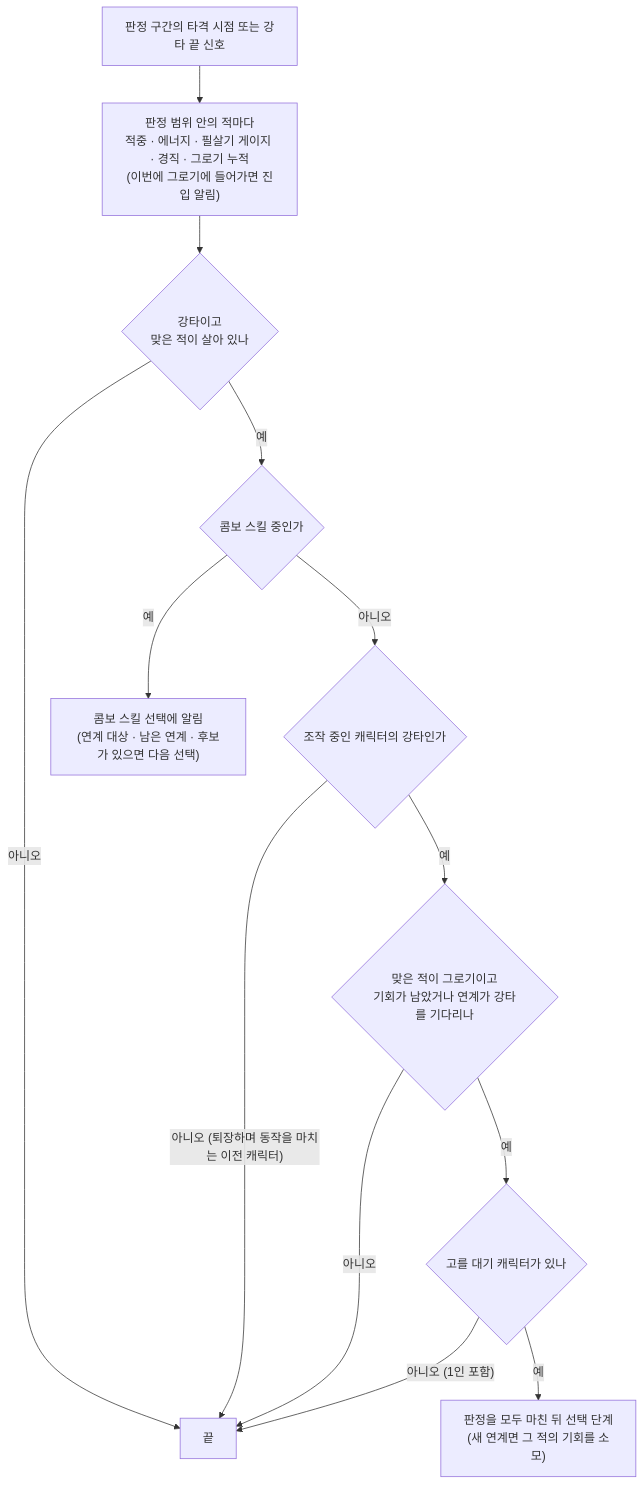
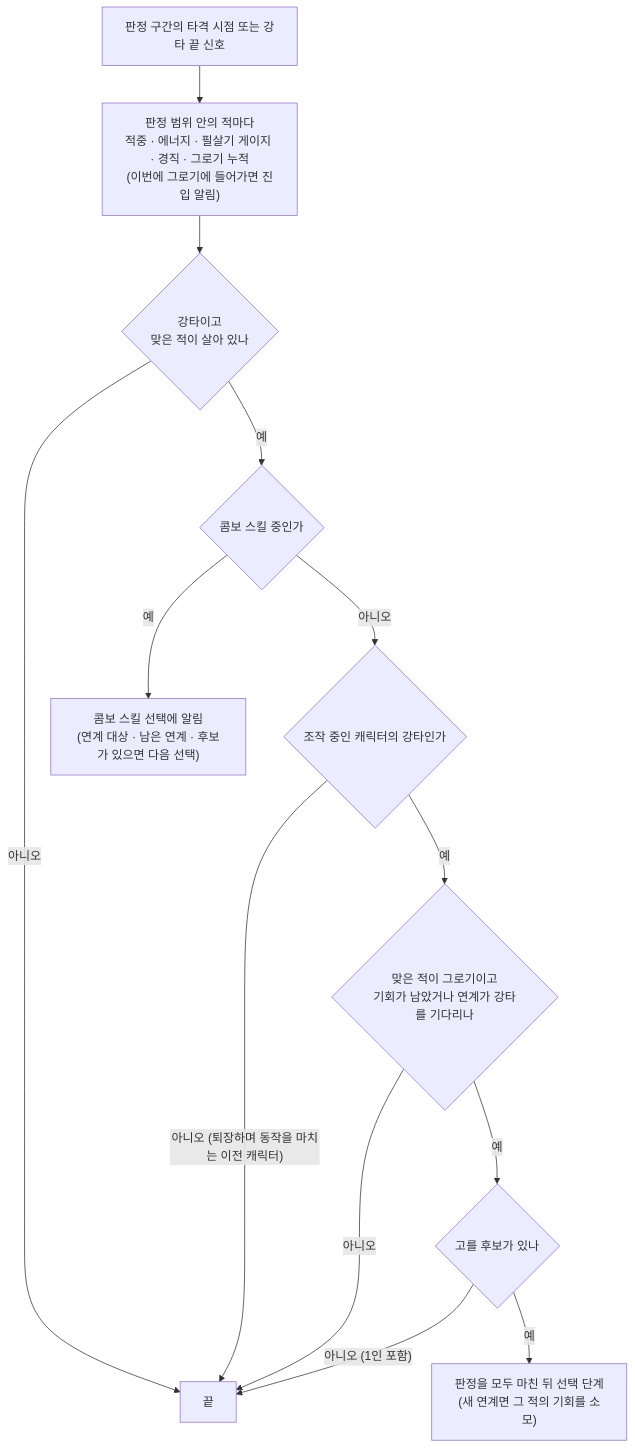
The second of 4 diagrams in Docs/Technical/Player/PlayerComboSkill.md (SquashPrince/Develrocket_mp15_HHH), drawn with Mermaid before and after one commit. The commit also changed other lines of this file and 3 other files, not shown here.

````diff
--- a/Docs/Technical/Player/PlayerComboSkill.md
+++ b/Docs/Technical/Player/PlayerComboSkill.md
@@ -55,15 +55,15 @@
 ```mermaid
 flowchart TD
     H["판정 구간의 타격 시점 또는 강타 끝 신호"] --> J["판정 범위 안의 적마다<br>적중 · 에너지 · 필살기 게이지 · 경직 · 그로기 누적<br>(이번에 그로기에 들어가면 진입 알림)"]
     J --> I{"강타이고<br>맞은 적이 살아 있나"}
     I -->|"아니오"| N["끝"]
     I -->|"예"| A{"콤보 스킬 중인가"}
     A -->|"예"| Q["콤보 스킬 선택에 알림<br>(연계 대상 · 남은 연계 · 후보가 있으면 다음 선택)"]
     A -->|"아니오"| C{"조작 중인 캐릭터의 강타인가"}
     C -->|"아니오 (퇴장하며 동작을 마치는 이전 캐릭터)"| N
     C -->|"예"| G{"맞은 적이 그로기이고<br>기회가 남았거나 연계가 강타를 기다리나"}
     G -->|"아니오"| N
-    G -->|"예"| K{"고를 대기 캐릭터가 있나"}
+    G -->|"예"| K{"고를 후보가 있나"}
     K -->|"아니오 (1인 포함)"| N
     K -->|"예"| U["판정을 모두 마친 뒤 선택 단계<br>(새 연계면 그 적의 기회를 소모)"]
 ```
````
